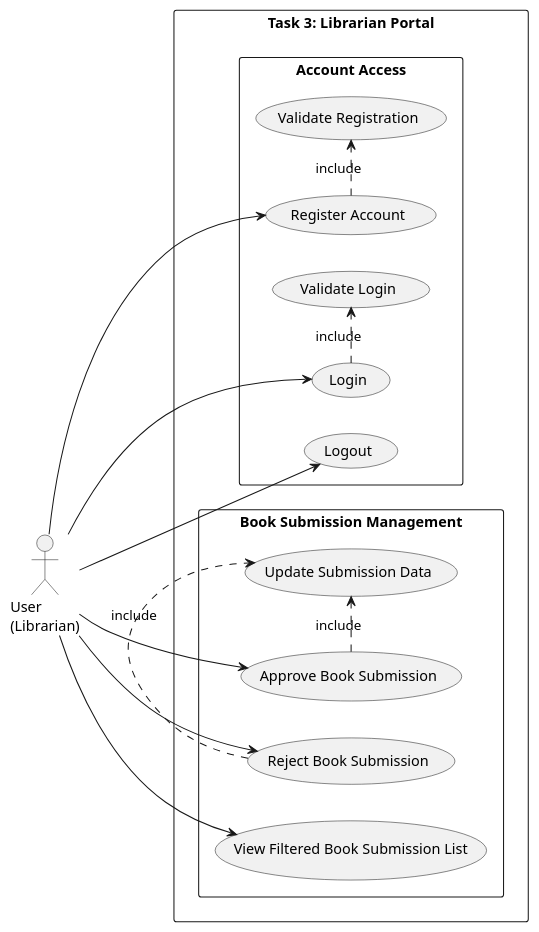
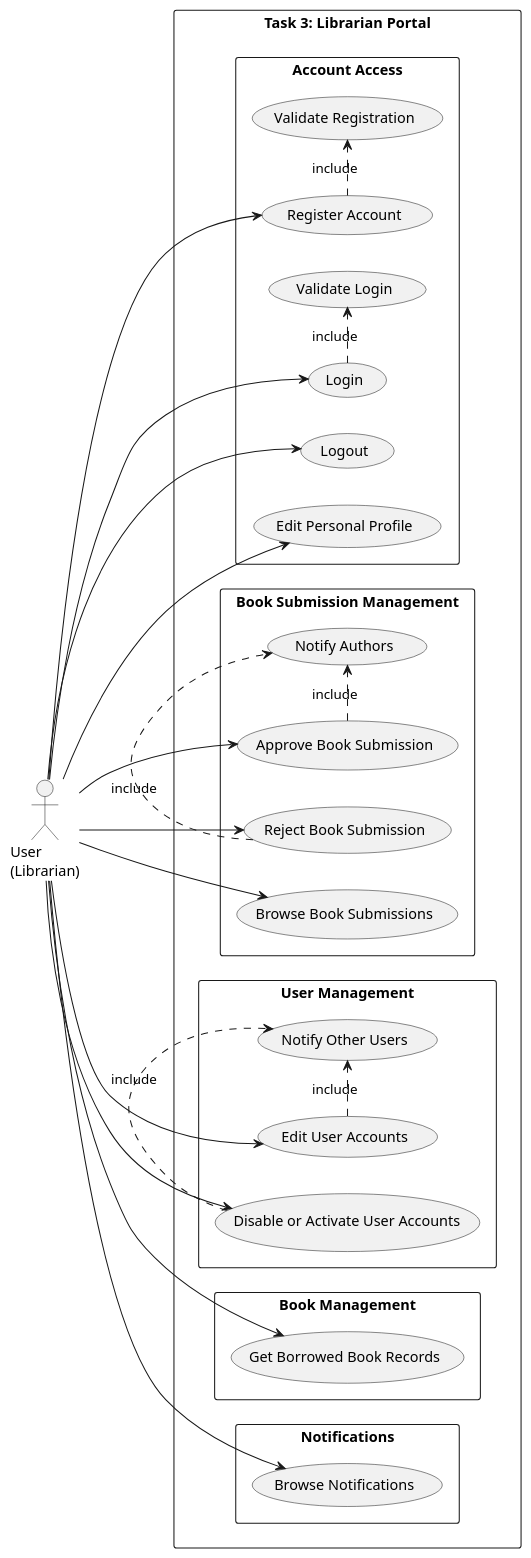
The diagram in task3_use_case_diagram.puml (T8k86yte/Comp3111LEx), drawn with PlantUML before and after one commit. The commit also changed 1 other file, not shown here.

Commit message:
Added phase2 use cases to the diagram of task3

```diff
--- a/task3_use_case_diagram.puml
+++ b/task3_use_case_diagram.puml
@@ -1,35 +1,57 @@
 @startuml
 left to right direction
 skinparam packageStyle rectangle
 
 actor "User\n(Librarian)" as User
 
 rectangle "Task 3: Librarian Portal" {
   package "Account Access" {
     usecase "Register Account" as UC_Register
     usecase "Login" as UC_Login
     usecase "Logout" as UC_Logout
     usecase "Validate Registration" as UC_ValidateRegister
     usecase "Validate Login" as UC_ValidateLogin
+    usecase "Edit Personal Profile" as UC_EditProfile
   }
 
   package "Book Submission Management" {
-    usecase "View Filtered Book Submission List" as UC_ViewSubmissions
+    usecase "Browse Book Submissions" as UC_ViewSubmissions
     usecase "Approve Book Submission" as UC_Approve
     usecase "Reject Book Submission" as UC_Reject
-    usecase "Update Submission Data" as UC_Update
+    usecase "Notify Authors" as UC_NotifyAuthors
+  }
+
+  package "Book Management" {
+    usecase "Get Borrowed Book Records" as UC_GetBorrowedBooksRecords
+  }
+
+  package "User Management" {
+    usecase "Edit User Accounts" as UC_EditAccounts
+    usecase "Disable or Activate User Accounts" as UC_DisableActivateAccounts
+    usecase "Notify Other Users" as UC_NotifyUsers
+  }
+
+  package "Notifications" {
+    usecase "Browse Notifications" as UC_BrowseNotifications
   }
 }
 
 User --> UC_Register
 User --> UC_Login
 User --> UC_Logout
+User --> UC_EditProfile
 User --> UC_ViewSubmissions
 User --> UC_Approve
 User --> UC_Reject
+User --> UC_GetBorrowedBooksRecords
+User --> UC_EditAccounts
+User --> UC_DisableActivateAccounts
+User --> UC_BrowseNotifications
 
 UC_Register .> UC_ValidateRegister : include
 UC_Login .> UC_ValidateLogin : include
-UC_Approve .> UC_Update : include
-UC_Reject .> UC_Update : include
+UC_Approve .> UC_NotifyAuthors : include
+UC_Reject .> UC_NotifyAuthors : include
+UC_EditAccounts .> UC_NotifyUsers : include
+UC_DisableActivateAccounts .> UC_NotifyUsers : include
 @enduml
```
